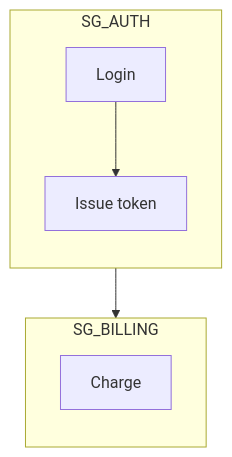
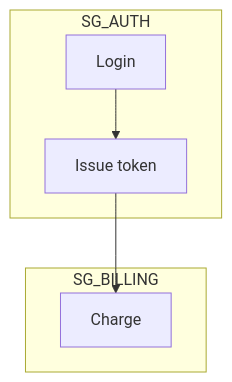
The first of 4 diagrams in skills/mermaid-diagrams/references/authoring-rules.md (castocolina/agent-toolkit), drawn with Mermaid before and after one commit. The commit also changed other lines of this file and 134 other files, not shown here.

````diff
--- a/skills/mermaid-diagrams/references/authoring-rules.md
+++ b/skills/mermaid-diagrams/references/authoring-rules.md
@@ -52,14 +52,12 @@
 ```mermaid
 flowchart TD
     subgraph SG_AUTH
-        direction TB
         NODE_AUTH_login[Login]
         NODE_AUTH_token[Issue token]
         NODE_AUTH_login --> NODE_AUTH_token
     end
     subgraph SG_BILLING
-        direction TB
         NODE_BILLING_charge[Charge]
     end
-    SG_AUTH --> SG_BILLING
+    NODE_AUTH_token --> NODE_BILLING_charge
 ```
````
